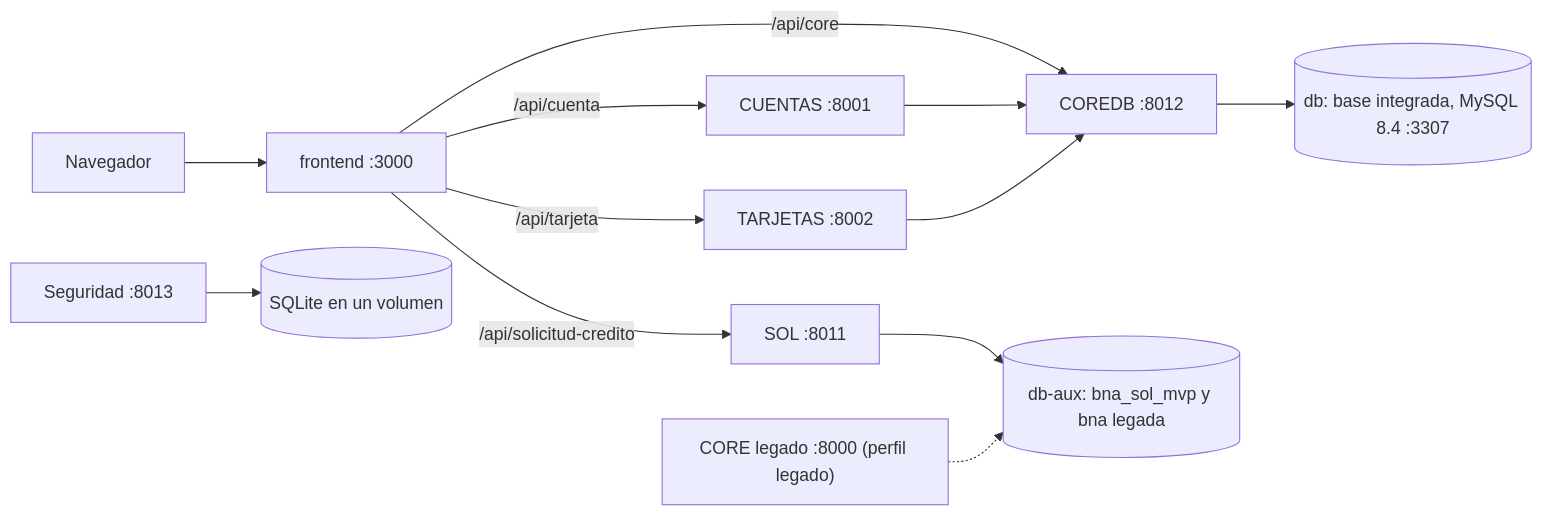
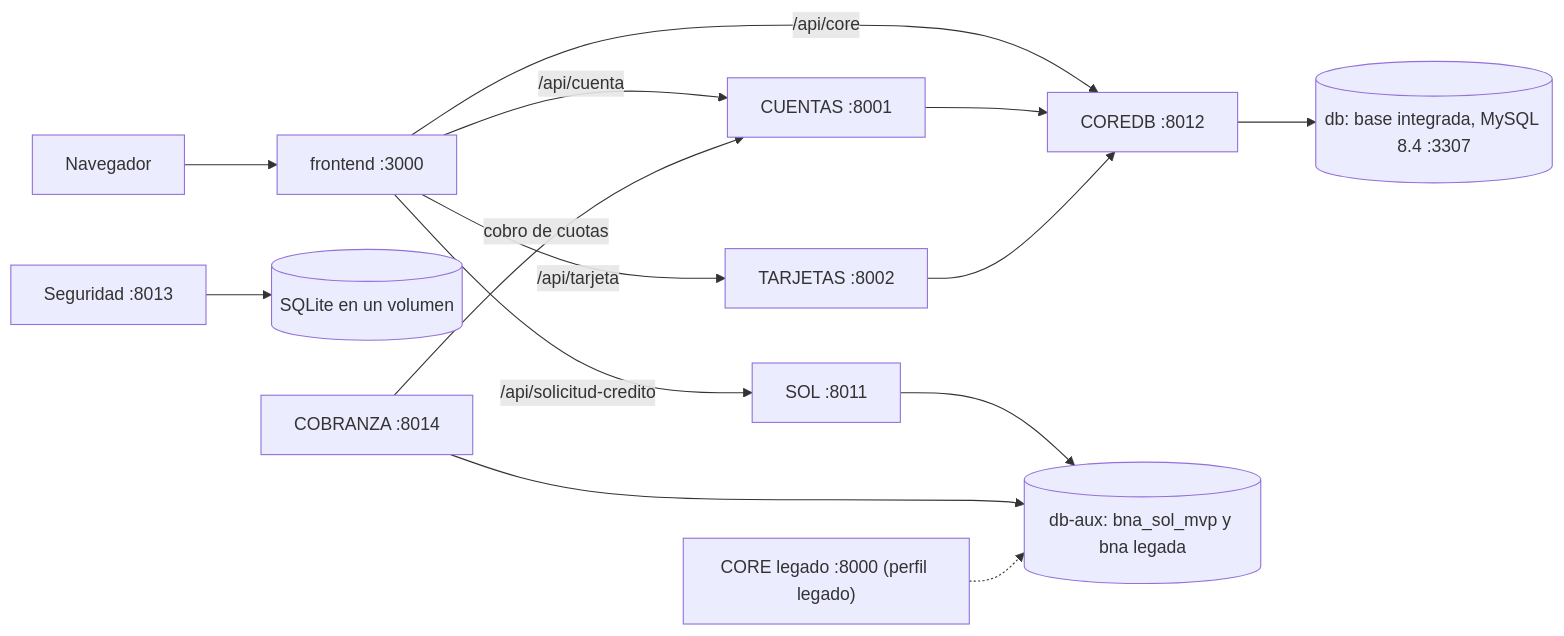
One commit to SantiagoCusirramos/Banco_Nacional_Arequipa changed the diagram in README.md. Above: the diagram before and after it, drawn with Mermaid. The commit also changed other lines of this file and 4 other files, not shown here.

````diff
--- a/README.md
+++ b/README.md
@@ -42,14 +43,16 @@
 ```mermaid
 flowchart LR
   nav["Navegador"] --> fe["frontend :3000"]
   fe -->|"/api/core"| coredb["COREDB :8012"]
   fe -->|"/api/cuenta"| cta["CUENTAS :8001"]
   fe -->|"/api/tarjeta"| tar["TARJETAS :8002"]
   fe -->|"/api/solicitud-credito"| sol["SOL :8011"]
   cta --> coredb
   tar --> coredb
   coredb --> db[("db: base integrada, MySQL 8.4 :3307")]
   sol --> aux[("db-aux: bna_sol_mvp y bna legada")]
   seg["Seguridad :8013"] --> sq[("SQLite en un volumen")]
+  cob["COBRANZA :8014"] -->|"cobro de cuotas"| cta
+  cob --> aux
   leg["CORE legado :8000 (perfil legado)"] -.-> aux
 ```
````
